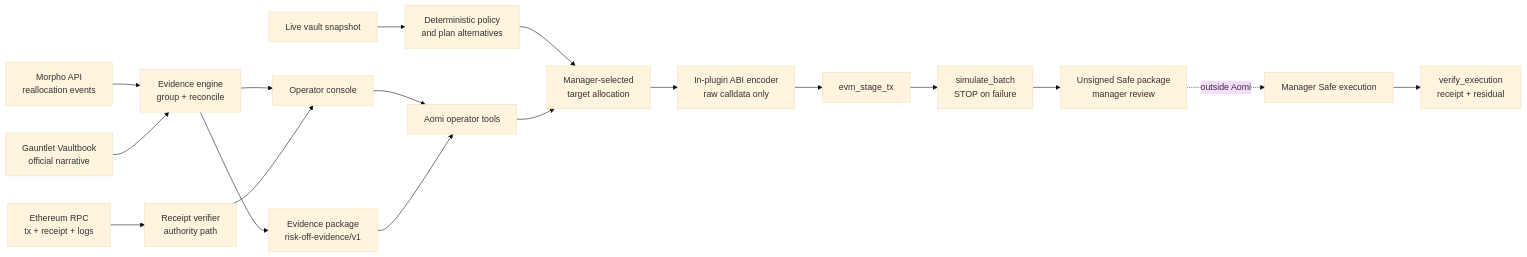
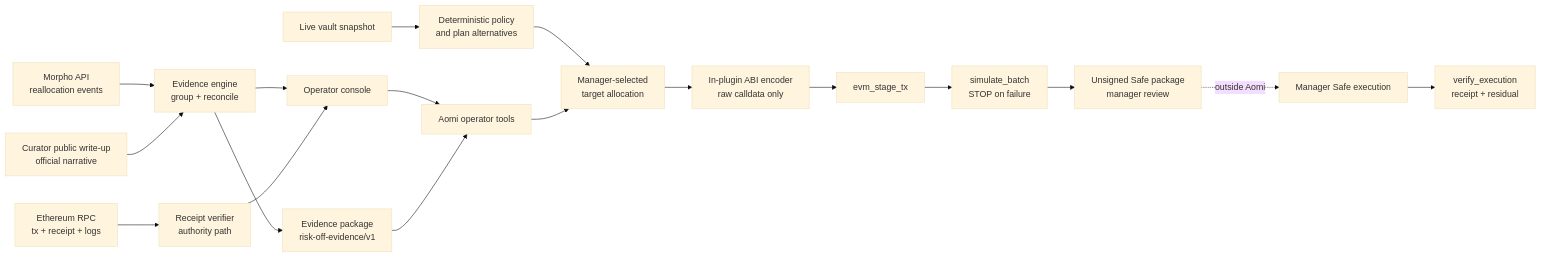
The diagram in README.md (aomi-labs/liqsteward), drawn with Mermaid (base theme) before and after one commit. The commit also changed other lines of this file and 4 other files, not shown here.

````diff
--- a/README.md
+++ b/README.md
@@ -108,20 +108,20 @@
 ```mermaid
 flowchart LR
     M["Morpho API<br/>reallocation events"] --> E["Evidence engine<br/>group + reconcile"]
     R["Ethereum RPC<br/>tx + receipt + logs"] --> V["Receipt verifier<br/>authority path"]
-    G["Gauntlet Vaultbook<br/>official narrative"] --> E
+    G["Curator public write-up<br/>official narrative"] --> E
     E --> C["Operator console"]
     V --> C
     E --> P["Evidence package<br/>risk-off-evidence/v1"]
     S["Live vault snapshot"] --> D["Deterministic policy<br/>and plan alternatives"]
     D --> B["Manager-selected<br/>target allocation"]
     B --> X["In-plugin ABI encoder<br/>raw calldata only"]
     X --> T["evm_stage_tx"]
     T --> Q["simulate_batch<br/>STOP on failure"]
     Q --> U["Unsigned Safe package<br/>manager review"]
     U -. "outside Aomi" .-> K["Manager Safe execution"]
     K --> Z["verify_execution<br/>receipt + residual"]
     C --> A["Aomi operator tools"]
     P --> A
     A --> B
 ```
````
